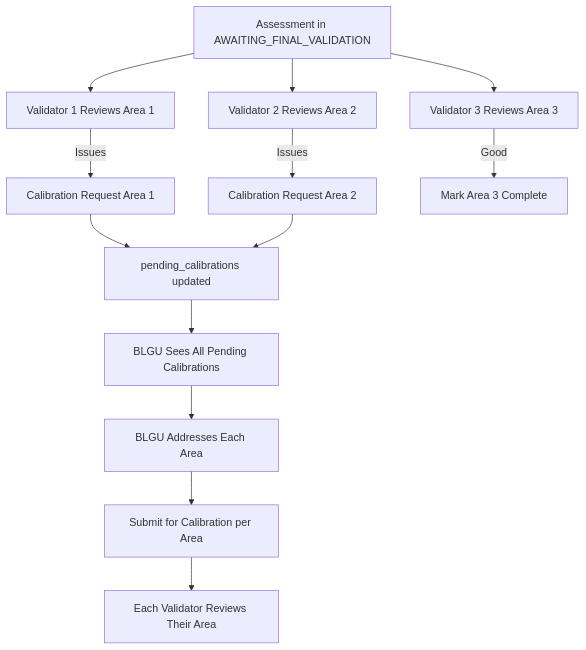
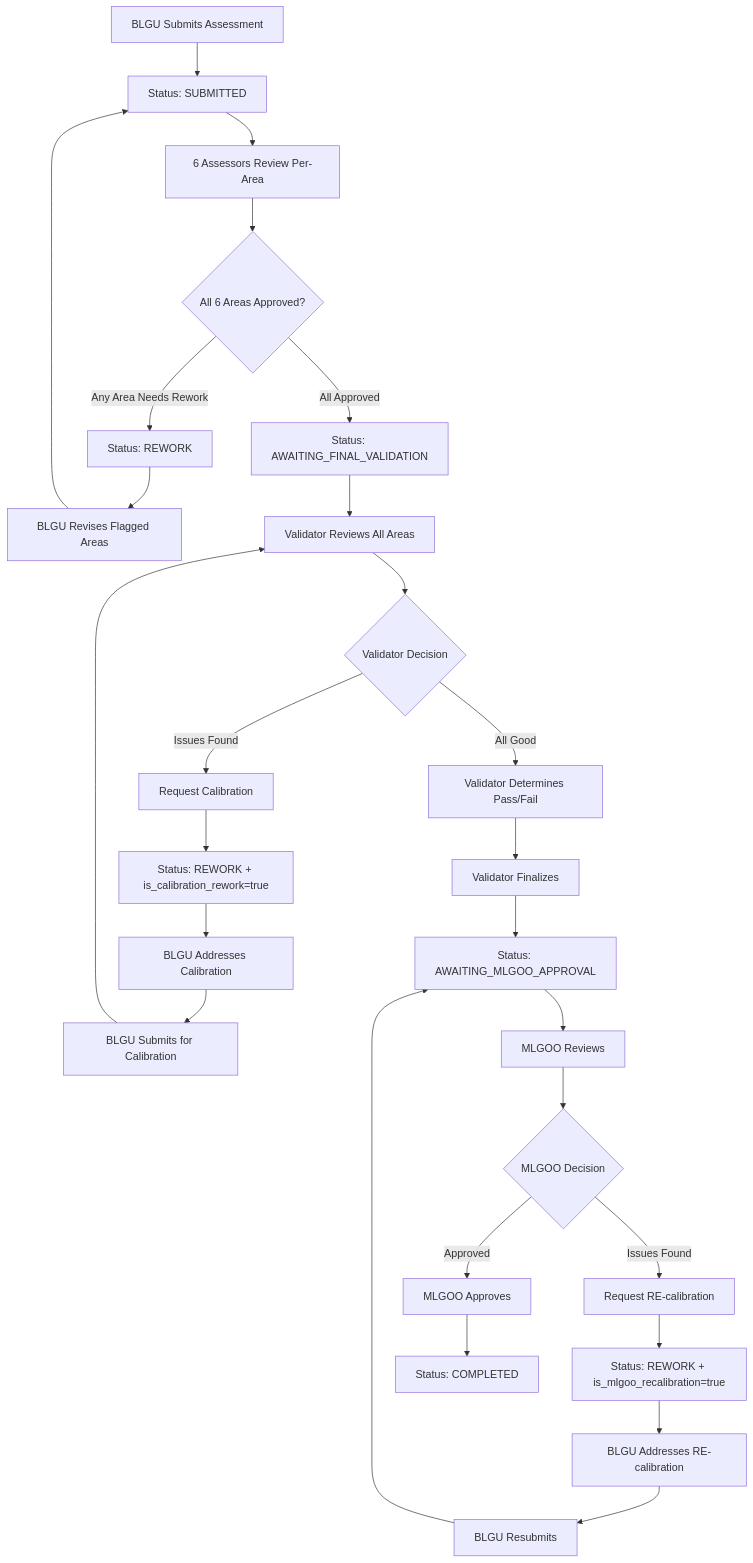
One commit to generyand/sinag changed the second of 2 diagrams in docs/workflows/assessor-validation.md. Above: the diagram before and after it, drawn with Mermaid. The commit also changed other lines of this file and 3 other files, not shown here.

````diff
--- a/docs/workflows/assessor-validation.md
+++ b/docs/workflows/assessor-validation.md
@@ -83,15 +74,29 @@
 ```mermaid
 graph TD
-    A[Assessment in AWAITING_FINAL_VALIDATION] --> B[Validator 1 Reviews Area 1]
-    A --> C[Validator 2 Reviews Area 2]
-    A --> D[Validator 3 Reviews Area 3]
-    B -->|Issues| E[Calibration Request Area 1]
-    C -->|Issues| F[Calibration Request Area 2]
-    D -->|Good| G[Mark Area 3 Complete]
-    E --> H[pending_calibrations updated]
-    F --> H
-    H --> I[BLGU Sees All Pending Calibrations]
-    I --> J[BLGU Addresses Each Area]
-    J --> K[Submit for Calibration per Area]
-    K --> L[Each Validator Reviews Their Area]
+    A[BLGU Submits Assessment] --> B[Status: SUBMITTED]
+    B --> C[6 Assessors Review Per-Area]
+    C --> D{All 6 Areas Approved?}
+    D -->|Any Area Needs Rework| E[Status: REWORK]
+    E --> F[BLGU Revises Flagged Areas]
+    F --> B
+    D -->|All Approved| G[Status: AWAITING_FINAL_VALIDATION]
+    G --> H[Validator Reviews All Areas]
+    H --> I{Validator Decision}
+    I -->|Issues Found| J[Request Calibration]
+    J --> K[Status: REWORK + is_calibration_rework=true]
+    K --> L[BLGU Addresses Calibration]
+    L --> M[BLGU Submits for Calibration]
+    M --> H
+    I -->|All Good| N[Validator Determines Pass/Fail]
+    N --> O[Validator Finalizes]
+    O --> P[Status: AWAITING_MLGOO_APPROVAL]
+    P --> Q[MLGOO Reviews]
+    Q --> R{MLGOO Decision}
+    R -->|Issues Found| S[Request RE-calibration]
+    S --> T[Status: REWORK + is_mlgoo_recalibration=true]
+    T --> U[BLGU Addresses RE-calibration]
+    U --> V[BLGU Resubmits]
+    V --> P
+    R -->|Approved| W[MLGOO Approves]
+    W --> X[Status: COMPLETED]
 ```
````
